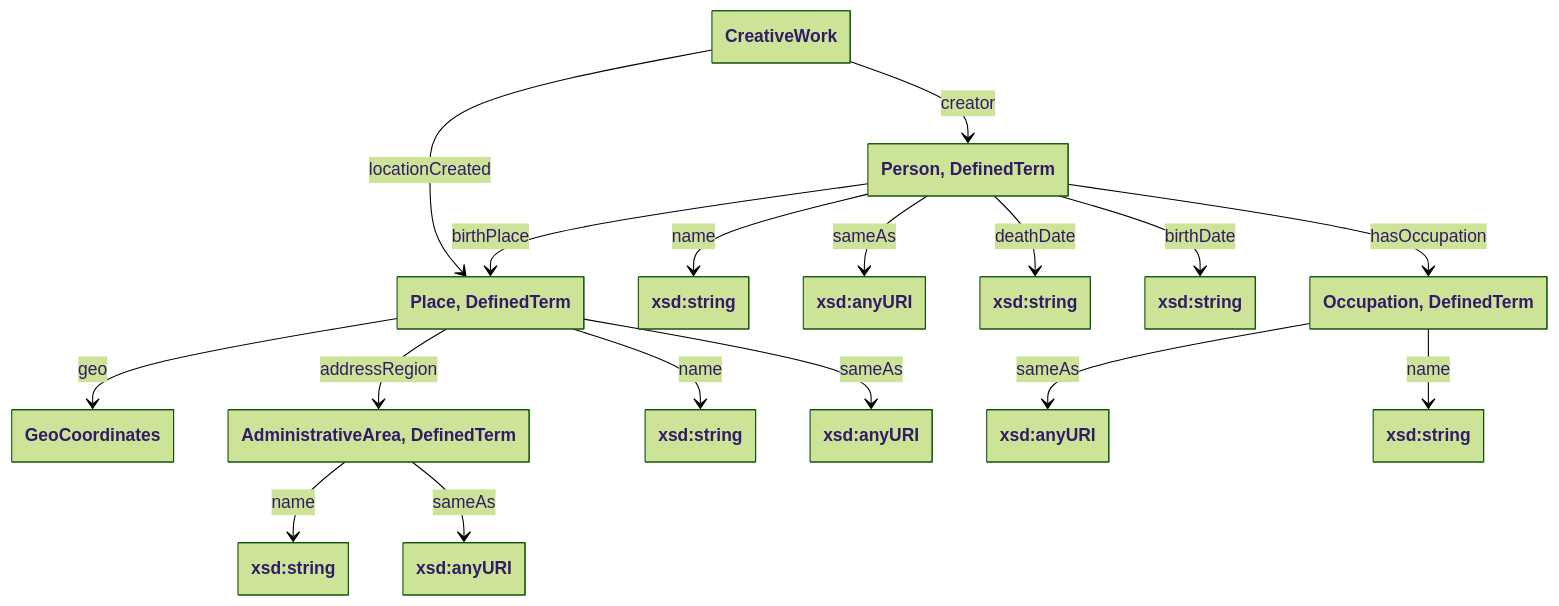
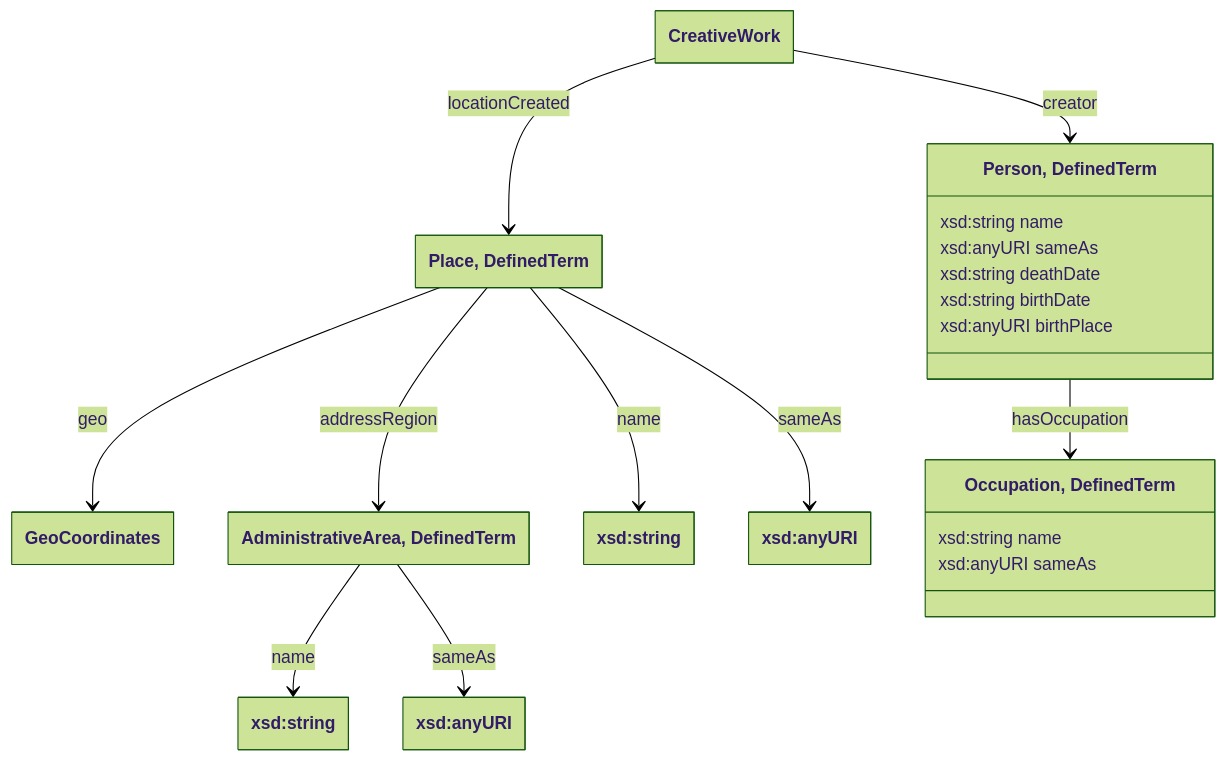
The second of 7 diagrams in docs/datamodel.md (collectienederland/schema-profile), drawn with Mermaid before and after one commit. The commit also changed other lines of this file, not shown here.

Commit message:
making the class diagram smaller

```diff
--- a/docs/datamodel.md
+++ b/docs/datamodel.md
@@ -88,45 +59,39 @@
 <pre class="mermaid">
 ---
   config:
     theme: forest
     class:
       hideEmptyMembersBox: true
 ---
 classDiagram
 class creativework["CreativeWork"]
 class place["Place, DefinedTerm"]
 class geocoor["GeoCoordinates"]
 class adminarea["AdministrativeArea, DefinedTerm"]
 class lit_3["xsd:string"]
 class lit_4["xsd:anyURI"]
 class lit_31["xsd:string"]
 class lit_32["xsd:anyURI"]
 creativework --> place: locationCreated
 place --> lit_3: name
 place --> lit_4: sameAs
 place --> geocoor: geo
 place --> adminarea: addressRegion
 adminarea --> lit_31: name
 adminarea --> lit_32: sameAs
 
-class person["Person, DefinedTerm"]
-class lit_5["xsd:string"]
-class lit_6["xsd:anyURI"]
-class lit_7["xsd:string"]
-class lit_8["xsd:string"]
-class lit_15["xsd:anyURI"]
-class lit_16["xsd:string"]
+class person["Person, DefinedTerm"]{
+  xsd:string name
+  xsd:anyURI sameAs
+  xsd:string deathDate
+  xsd:string birthDate
+  xsd:anyURI birthPlace
+}
 creativework --> person: creator
-person --> lit_5: name
-person --> lit_6: sameAs
-person --> lit_7: deathDate
-person --> lit_8: birthDate
-person --> place: birthPlace
+class occupation["Occupation, DefinedTerm"]{
+  xsd:string name
+  xsd:anyURI sameAs
+}
 
-class occupation["Occupation, DefinedTerm"]
-class lit_15["xsd:anyURI"]
-class lit_16["xsd:string"]
 person --> occupation: hasOccupation
-occupation --> lit_15: sameAs
-occupation --> lit_16: name
 </pre>
```
